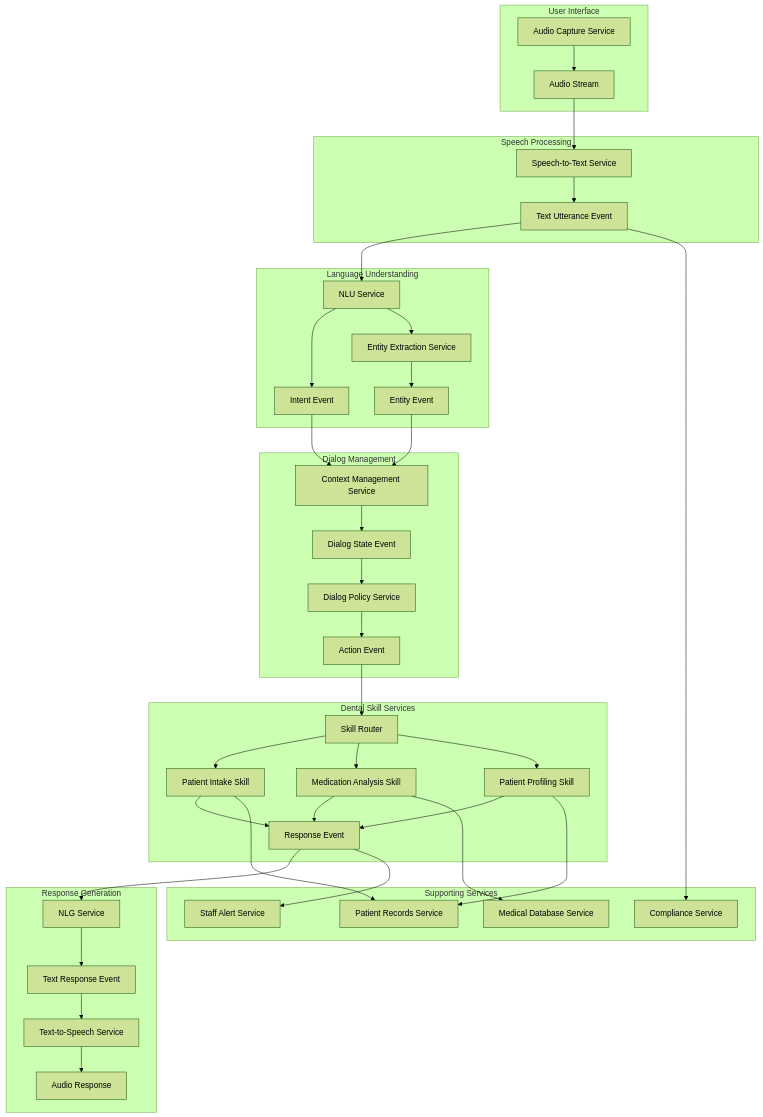
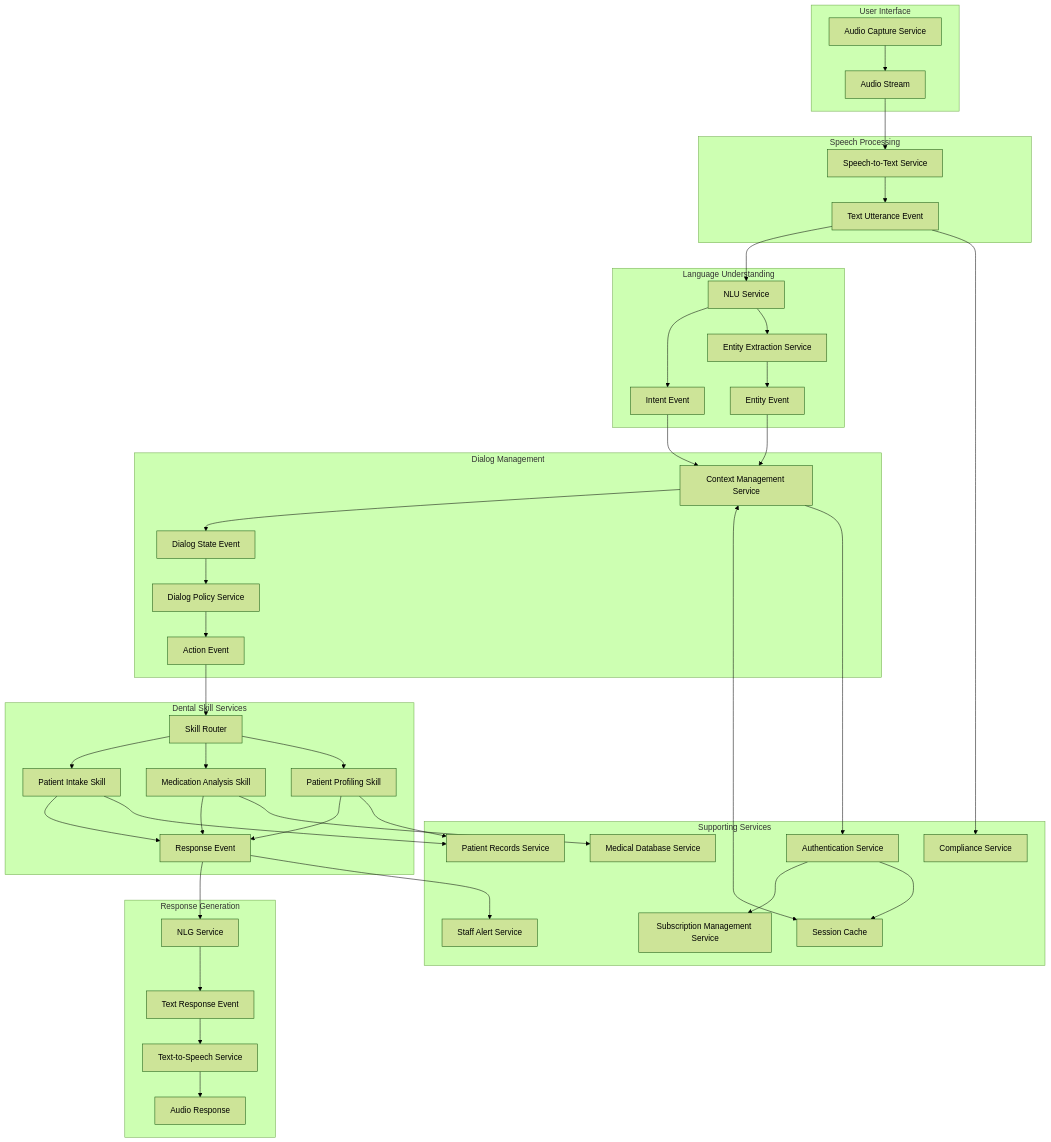
The diagram in README.md (varannik/dental-saas), drawn with Mermaid (forest theme) before and after one commit.

Commit message:
add auth microservice in flowchart

````diff
--- a/README.md
+++ b/README.md
@@ -15,56 +15,63 @@
 ```mermaid
 flowchart TB
     subgraph "User Interface"
         A[Audio Capture Service] --> B[Audio Stream]
     end
     
     subgraph "Speech Processing"
         B --> C[Speech-to-Text Service]
         C --> D[Text Utterance Event]
     end
     
     subgraph "Language Understanding"
         D --> E[NLU Service]
         E --> F[Intent Event]
         E --> G[Entity Extraction Service]
         G --> H[Entity Event]
     end
     
     subgraph "Dialog Management"
         F --> I[Context Management Service]
         H --> I
         I --> J[Dialog State Event]
         J --> K[Dialog Policy Service]
         K --> L[Action Event]
     end
     
     subgraph "Dental Skill Services"
         L --> M[Skill Router]
         M --> N[Patient Intake Skill]
         M --> O[Medication Analysis Skill]
         M --> P[Patient Profiling Skill]
         N --> R[Response Event]
         O --> R
         P --> R
     end
     
     subgraph "Response Generation"
         R --> S[NLG Service]
         S --> T[Text Response Event]
         T --> U[Text-to-Speech Service]
         U --> V[Audio Response]
     end
     
     subgraph "Supporting Services"
         W[Patient Records Service]
         X[Medical Database Service]
         Y[Compliance Service]
         Z[Staff Alert Service]
+        AA[Authentication Service]
+        BB[Subscription Management Service]
+        CC[Session Cache]
     end
     
     N --> W
     P --> W
     O --> X
     D --> Y
     R --> Z
+    I <--> CC
+    I --> AA
+    AA --> BB
+    AA --> CC
 ```
````
